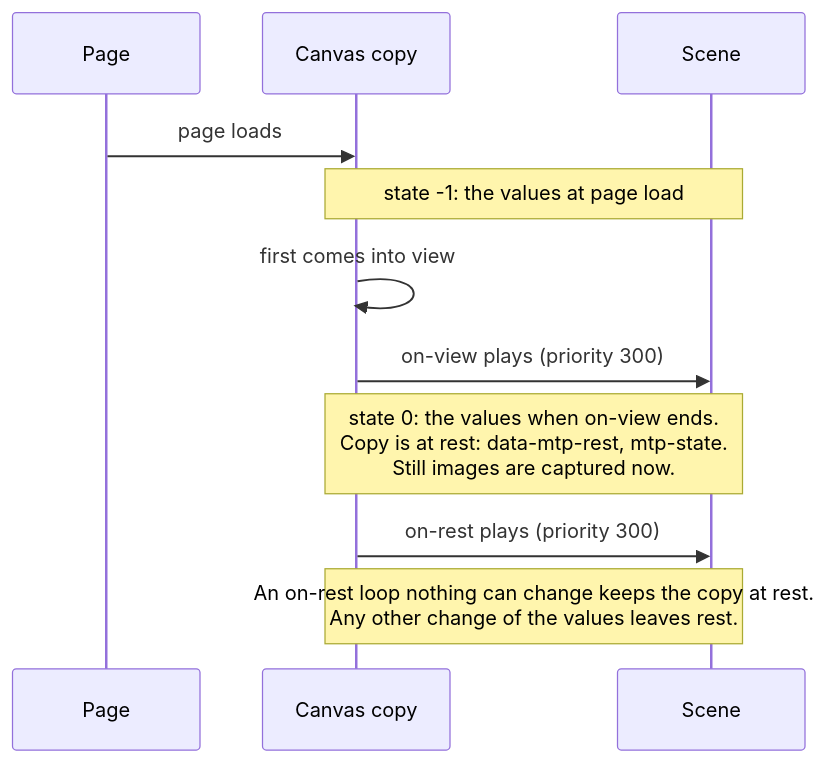
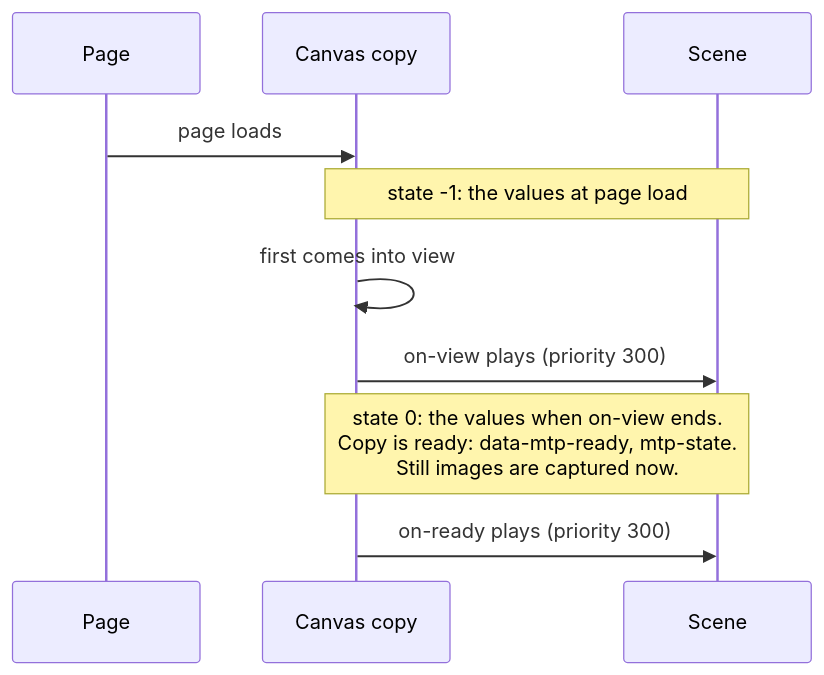
One commit to aris-pub/mathterpiece changed the diagram in docs/canvas-lifecycle.md. Above: the diagram before and after it, drawn with Mermaid. The commit also changed other lines of this file and 1 other file, not shown here.

First line of the commit message:
The canvas lifecycle and the page interface with ready, as the author updated them (mtp-wjtd)

````diff
--- a/docs/canvas-lifecycle.md
+++ b/docs/canvas-lifecycle.md
@@ -8,13 +8,12 @@
 ```mermaid
 sequenceDiagram
   participant Page
   participant Copy as Canvas copy
   participant Scene
   Page->>Copy: page loads
   Note over Copy,Scene: state -1: the values at page load
   Copy->>Copy: first comes into view
   Copy->>Scene: on-view plays (priority 300)
-  Note over Copy,Scene: state 0: the values when on-view ends.<br/>Copy is at rest: data-mtp-rest, mtp-state.<br/>Still images are captured now.
-  Copy->>Scene: on-rest plays (priority 300)
-  Note over Copy,Scene: An on-rest loop nothing can change keeps the copy at rest.<br/>Any other change of the values leaves rest.
+  Note over Copy,Scene: state 0: the values when on-view ends.<br/>Copy is ready: data-mtp-ready, mtp-state.<br/>Still images are captured now.
+  Copy->>Scene: on-ready plays (priority 300)
 ```
````
